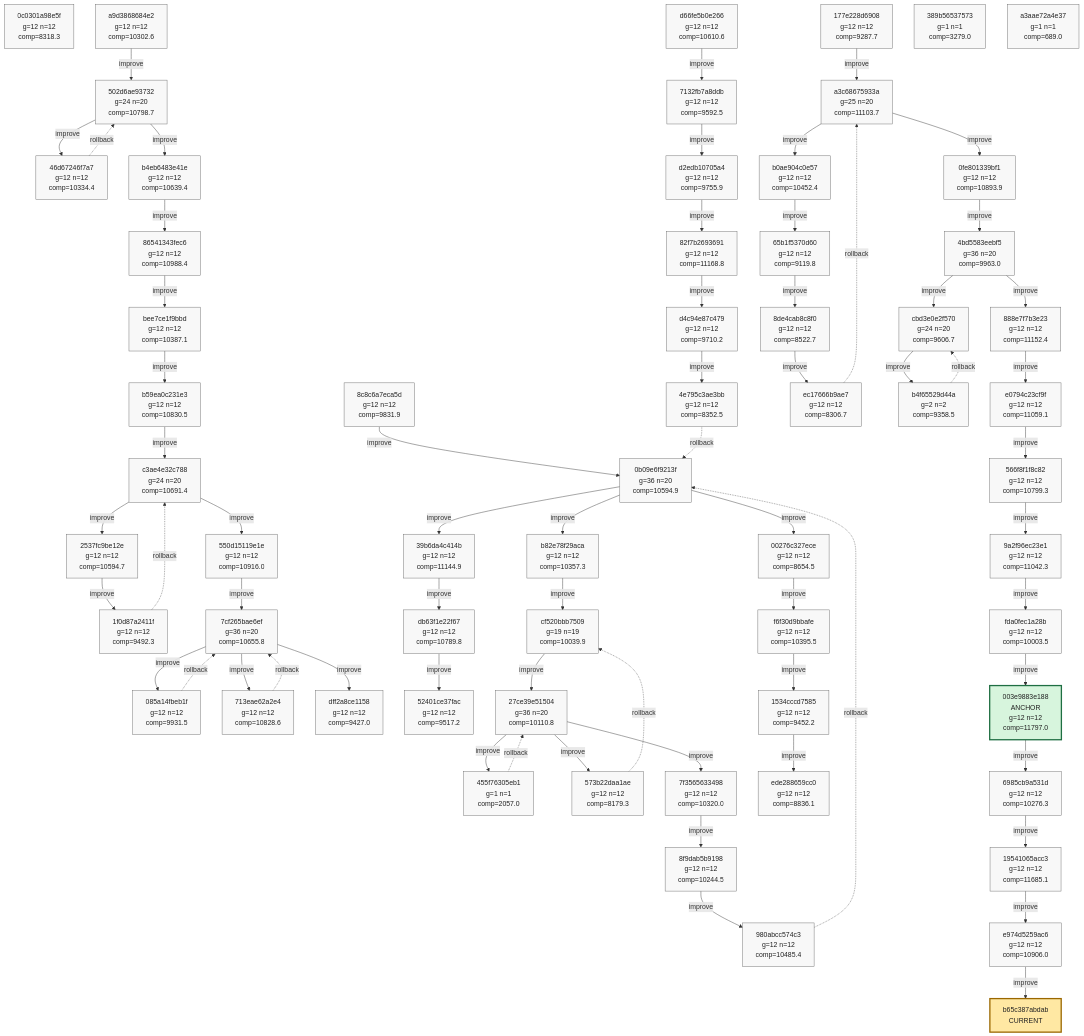
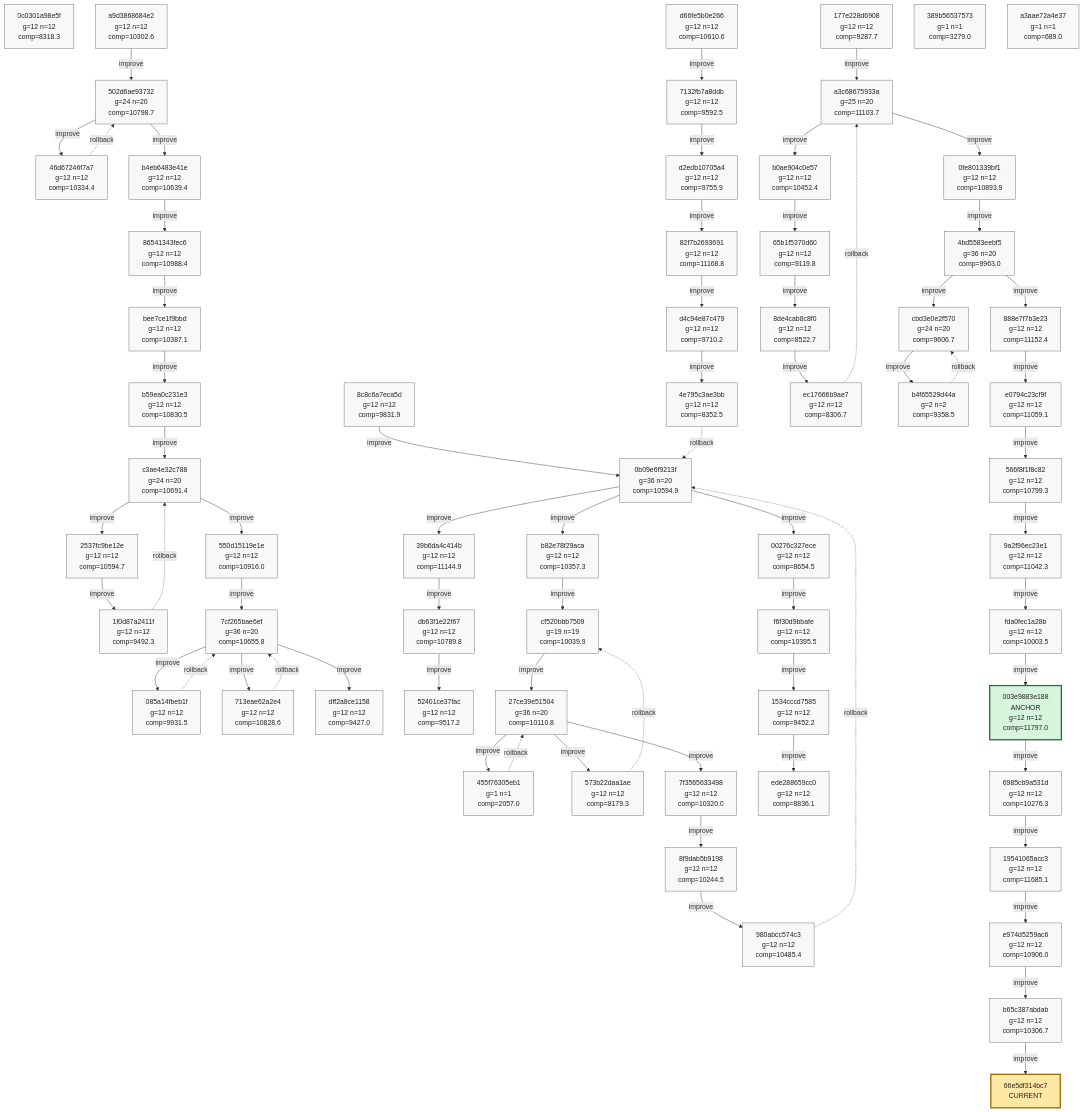
Before and after one commit to azumag/soviet_now: the tenth of 10 diagrams in phyrogenetic-tree.md, drawn with Mermaid. The commit also changed other lines of this file and 2 other files, not shown here.

Commit message:
eloop Improve after 12 games (scores: 10947 11340 10731 14938 10723 8498 7687 9910 8046 11544 11055 10994)

````diff
--- a/phyrogenetic-tree.md
+++ b/phyrogenetic-tree.md
@@ -2589,9 +2589,10 @@
     h_6985cb9a531d["6985cb9a531d<br/>g=12 n=12<br/>comp=10276.3"]
     h_19541065acc3["19541065acc3<br/>g=12 n=12<br/>comp=11685.1"]
     h_e974d5259ac6["e974d5259ac6<br/>g=12 n=12<br/>comp=10906.0"]
+    h_b65c387abdab["b65c387abdab<br/>g=12 n=12<br/>comp=10306.7"]
     h_389b56537573["389b56537573<br/>g=1 n=1<br/>comp=3279.0"]
     h_a3aae72a4e37["a3aae72a4e37<br/>g=1 n=1<br/>comp=689.0"]
-    h_b65c387abdab["b65c387abdab<br/>CURRENT"]
+    h_66e5df314bc7["66e5df314bc7<br/>CURRENT"]
 
     h_a9d3868684e2 -->|improve| h_502d6ae93732
     h_502d6ae93732 -->|improve| h_46d67246f7a7
@@ -2657,6 +2658,7 @@
     h_6985cb9a531d -->|improve| h_19541065acc3
     h_19541065acc3 -->|improve| h_e974d5259ac6
     h_e974d5259ac6 -->|improve| h_b65c387abdab
+    h_b65c387abdab -->|improve| h_66e5df314bc7
 
     classDef plain fill:#f8f8f8,stroke:#666,stroke-width:1px,color:#222;
     classDef current fill:#ffe8a3,stroke:#9a6700,stroke-width:3px,color:#222;
@@ -2721,7 +2723,8 @@
     class h_6985cb9a531d plain;
     class h_19541065acc3 plain;
     class h_e974d5259ac6 plain;
+    class h_b65c387abdab plain;
     class h_389b56537573 plain;
     class h_a3aae72a4e37 plain;
-    class h_b65c387abdab current;
+    class h_66e5df314bc7 current;
 ```
````
